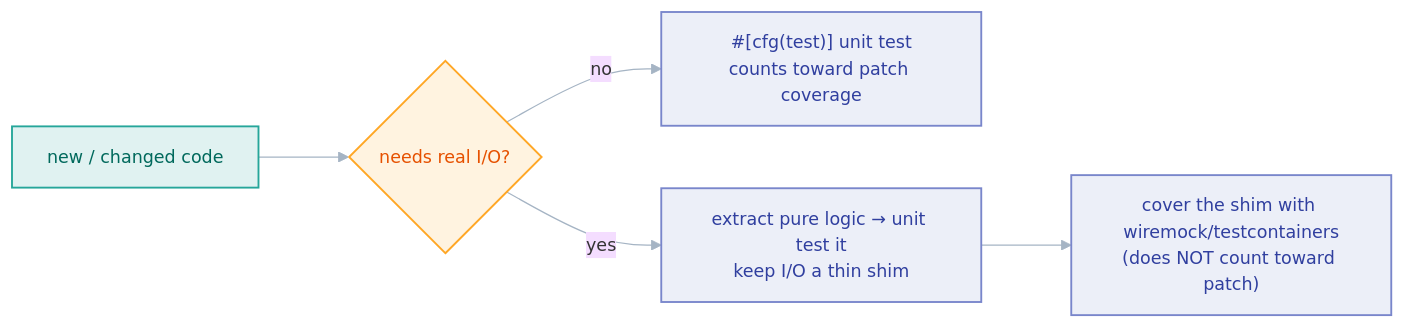
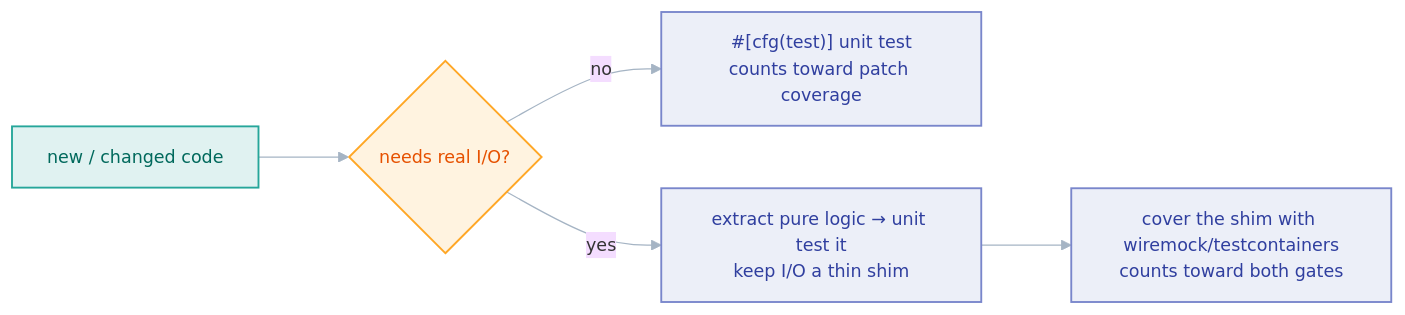
Before and after one commit to faucet-hq/faucet-stream: the diagram in docs/contributing/testing.md, drawn with Mermaid. The commit also changed other lines of this file and 93 other files, not shown here.

````diff
--- a/docs/contributing/testing.md
+++ b/docs/contributing/testing.md
@@ -50,14 +76,14 @@
 ```mermaid
 %%{init: {'theme':'base','flowchart':{'curve':'basis','nodeSpacing':50,'rankSpacing':72,'padding':14},'themeVariables':{'fontFamily':'-apple-system,BlinkMacSystemFont,Segoe UI,sans-serif','fontSize':'14px','lineColor':'#a5b4c4','clusterBkg':'#f8fafc','clusterBorder':'#e2e8f0'}}}%%
 flowchart LR
     A["new / changed code"] --> B{needs real I/O?}
     B -- no --> C["#[cfg(test)] unit test<br/>counts toward patch coverage"]
     B -- yes --> D["extract pure logic → unit test it<br/>keep I/O a thin shim"]
-    D --> E["cover the shim with wiremock/testcontainers<br/>(does NOT count toward patch)"]
+    D --> E["cover the shim with wiremock/testcontainers<br/>counts toward both gates"]
     classDef src fill:#e0f2f1,stroke:#26a69a,stroke-width:1.5px,color:#00695c
     classDef proc fill:#eceff8,stroke:#7986cb,stroke-width:1.5px,color:#303f9f
     classDef dec fill:#fff3e0,stroke:#ffa726,stroke-width:1.5px,color:#e65100
     class A src
     class C,D,E proc
     class B dec
 ```
````
